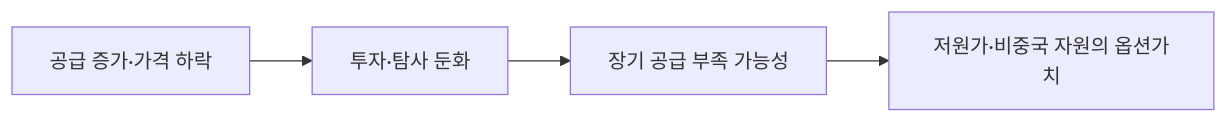
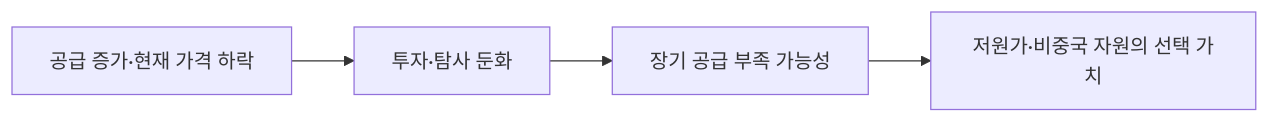
One commit to arik1988/posco-market-sensing-wiki changed the diagram in market-sensing-wiki/signals/SIG-62DB257CEA16.md. Above: the diagram before and after it, drawn with Mermaid. The commit also changed other lines of this file and 143 other files, not shown here.

````diff
--- a/market-sensing-wiki/signals/SIG-62DB257CEA16.md
+++ b/market-sensing-wiki/signals/SIG-62DB257CEA16.md
@@ -47,6 +49,6 @@
 ```mermaid
 flowchart LR
- A[공급 증가·가격 하락] --> B[투자·탐사 둔화]
+ A[공급 증가·현재 가격 하락] --> B[투자·탐사 둔화]
  B --> C[장기 공급 부족 가능성]
- C --> D[저원가·비중국 자원의 옵션가치]
+ C --> D[저원가·비중국 자원의 선택 가치]
 ```
````
